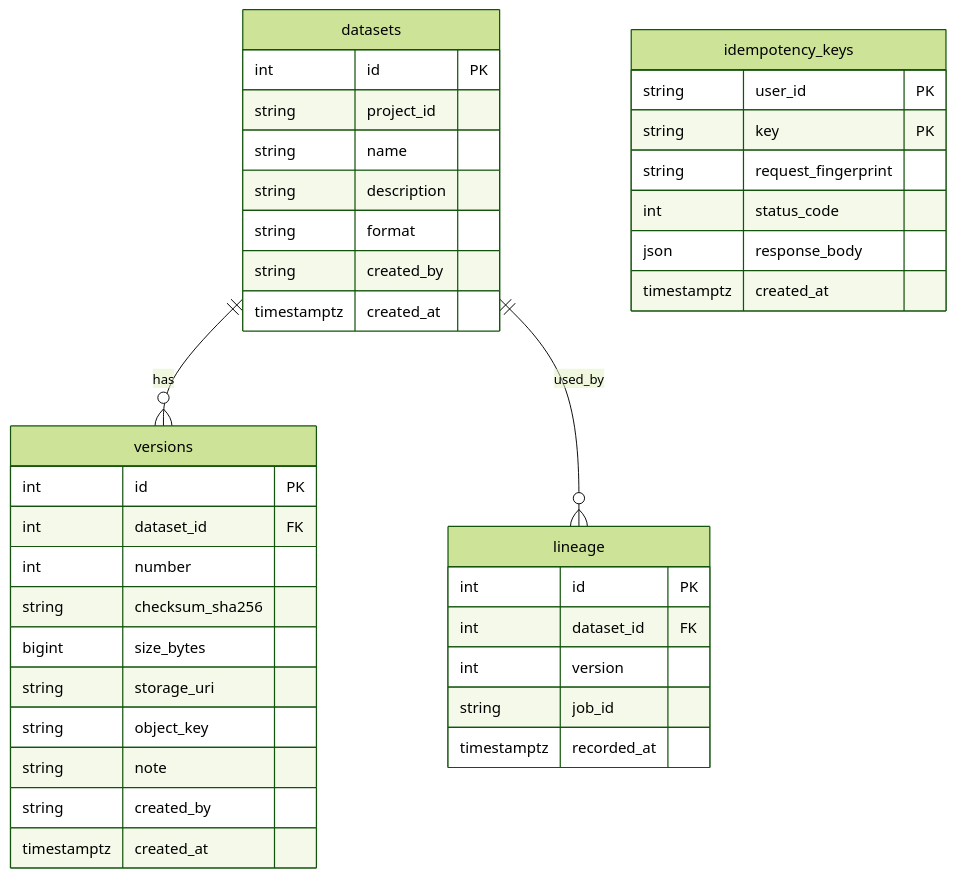
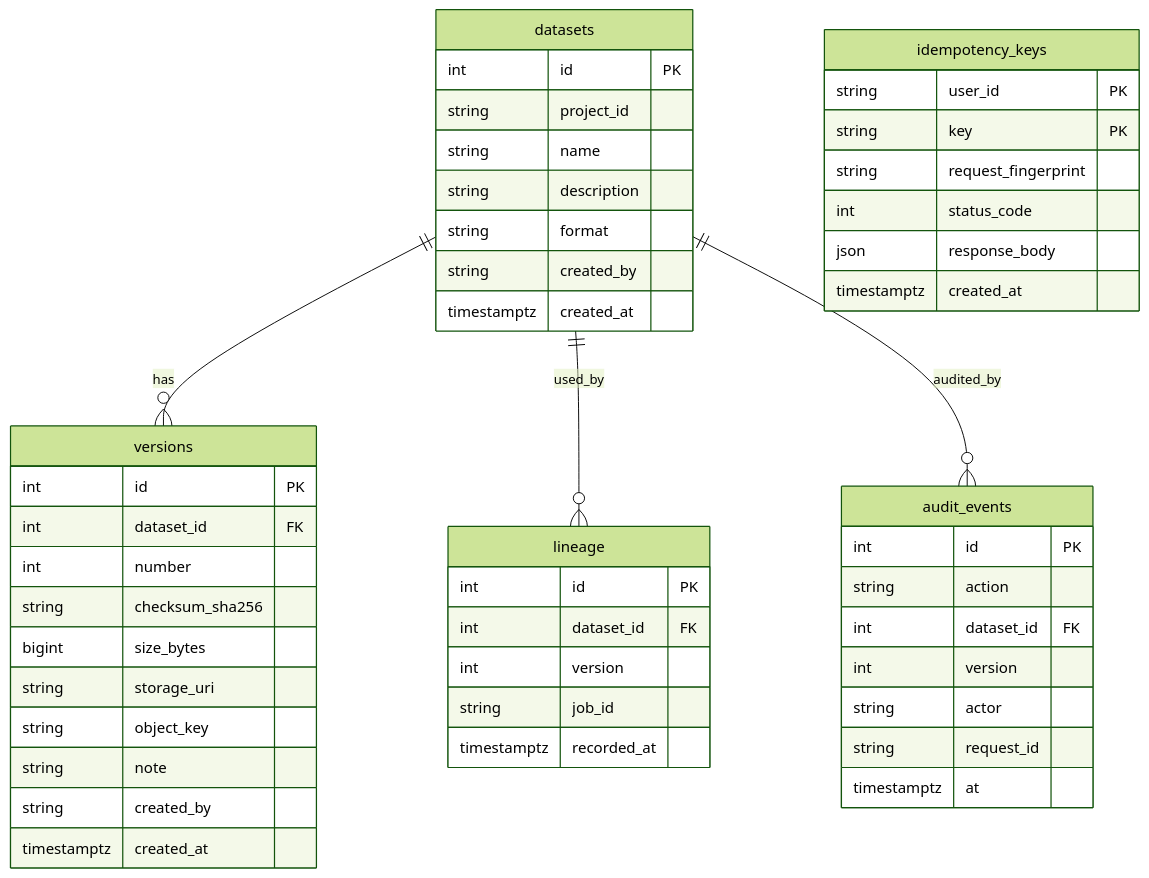
The diagram in docs/database/datasets.md (ali-ahmed-alshehhi/cloudtrain), drawn with Mermaid (forest theme) before and after one commit. The commit also changed other lines of this file and 7 other files, not shown here.

First line of the commit message:
Datasets: audit records, real bucket name in storage_uri, more tests

````diff
--- a/docs/database/datasets.md
+++ b/docs/database/datasets.md
@@ -21,41 +22,51 @@
 ```mermaid
 erDiagram
   datasets ||--o{ versions : "has"
   datasets ||--o{ lineage : "used_by"
+  datasets ||--o{ audit_events : "audited_by"
   datasets {
     int id PK
     string project_id
     string name
     string description
     string format
     string created_by
     timestamptz created_at
   }
   versions {
     int id PK
     int dataset_id FK
     int number
     string checksum_sha256
     bigint size_bytes
     string storage_uri
     string object_key
     string note
     string created_by
     timestamptz created_at
   }
   lineage {
     int id PK
     int dataset_id FK
     int version
     string job_id
     timestamptz recorded_at
   }
+  audit_events {
+    int id PK
+    string action
+    int dataset_id FK
+    int version
+    string actor
+    string request_id
+    timestamptz at
+  }
   idempotency_keys {
     string user_id PK
     string key PK
     string request_fingerprint
     int status_code
     json response_body
     timestamptz created_at
   }
 ```
````
